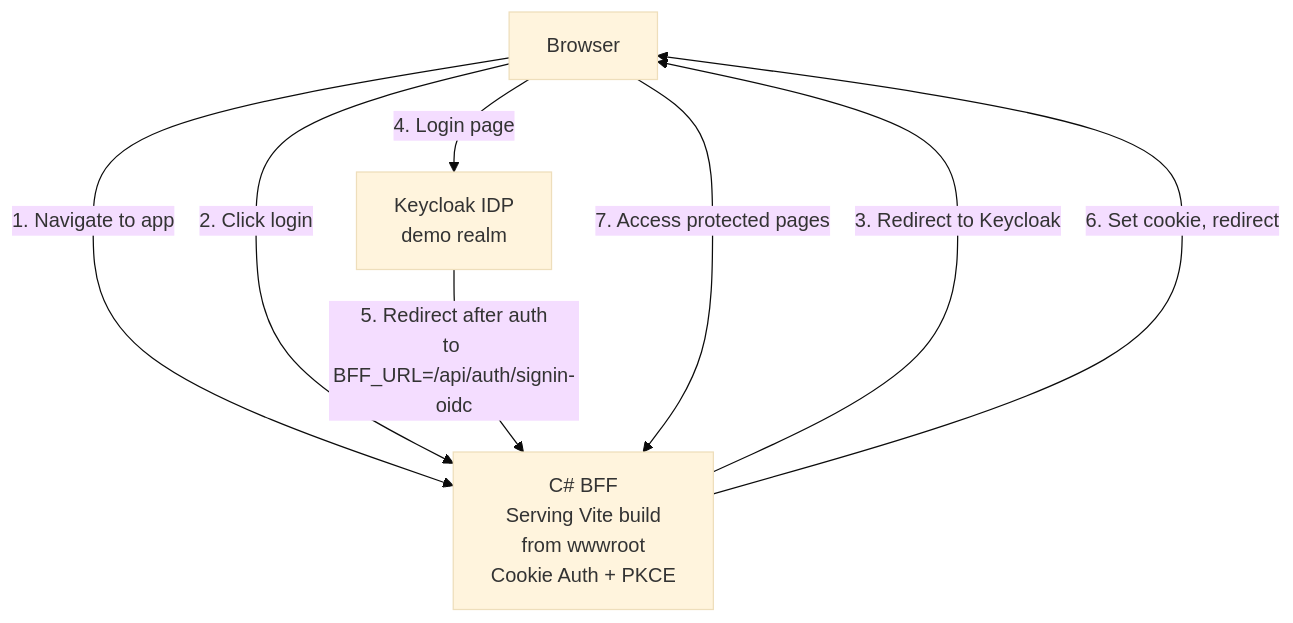
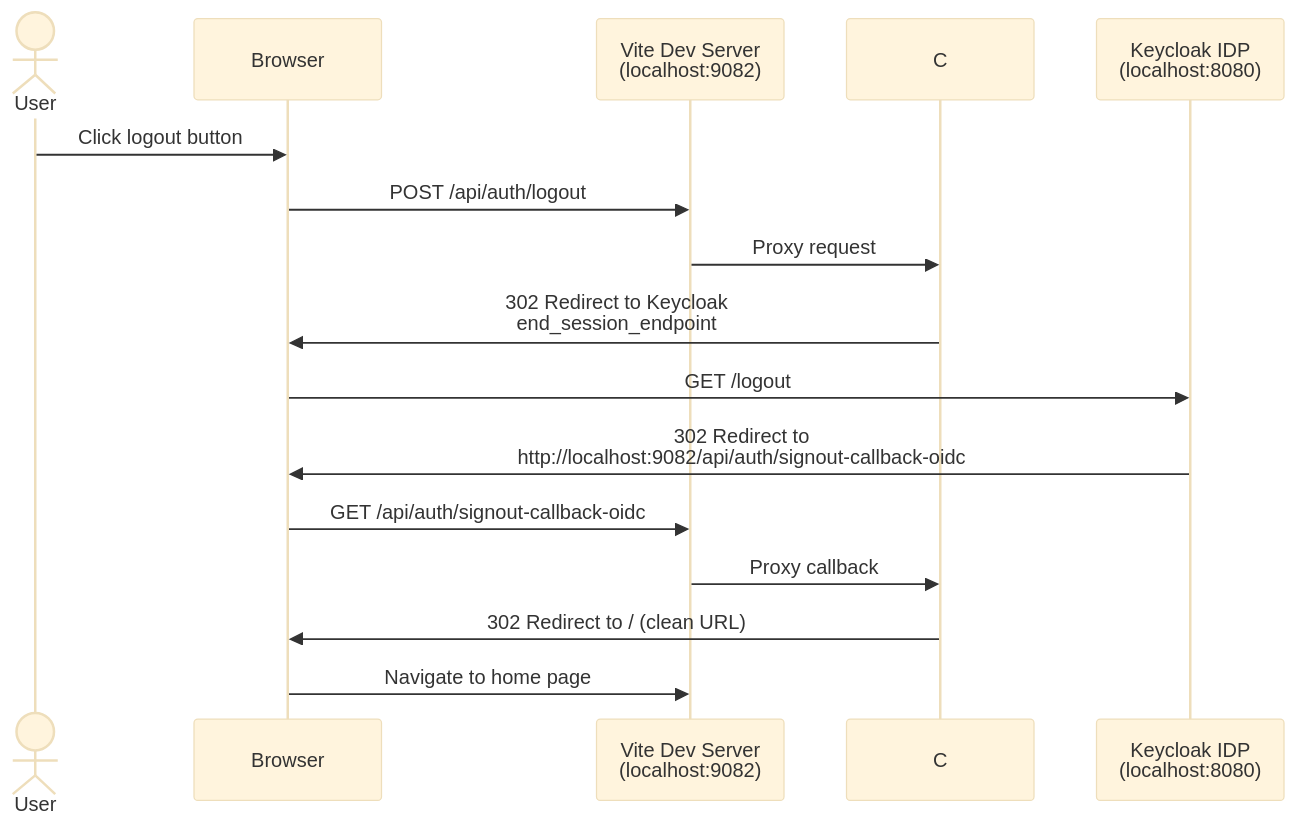
The second of 2 diagrams in vite-csharp-keycloak/README.md (davidfowl/aspire-13-samples), drawn with Mermaid (base theme) before and after one commit. The commit also changed other lines of this file, not shown here.

Commit message:
feat: update README to enhance architecture diagrams and clarify login/logout flows

````diff
--- a/vite-csharp-keycloak/README.md
+++ b/vite-csharp-keycloak/README.md
@@ -32,14 +36,19 @@
 ```mermaid
-flowchart TB
-    Browser[Browser]
-    BFF[C# BFF<br/>Serving Vite build<br/>from wwwroot<br/>Cookie Auth + PKCE]
-    Keycloak[Keycloak IDP<br/>demo realm]
+sequenceDiagram
+    actor User
+    participant Browser
+    participant Vite as Vite Dev Server<br/>(localhost:9082)
+    participant BFF as C# BFF<br/>(localhost:5254)
+    participant Keycloak as Keycloak IDP<br/>(localhost:8080)
 
-    Browser -->|1. Navigate to app| BFF
-    Browser -->|2. Click login| BFF
-    BFF -->|3. Redirect to Keycloak| Browser
-    Browser -->|4. Login page| Keycloak
-    Keycloak -->|5. Redirect after auth<br/>to BFF_URL=/api/auth/signin-oidc| BFF
-    BFF -->|6. Set cookie, redirect| Browser
-    Browser -->|7. Access protected pages| BFF
+    User->>Browser: Click logout button
+    Browser->>Vite: POST /api/auth/logout
+    Vite->>BFF: Proxy request
+    BFF->>Browser: 302 Redirect to Keycloak<br/>end_session_endpoint
+    Browser->>Keycloak: GET /logout
+    Keycloak->>Browser: 302 Redirect to<br/>http://localhost:9082/api/auth/signout-callback-oidc
+    Browser->>Vite: GET /api/auth/signout-callback-oidc
+    Vite->>BFF: Proxy callback
+    BFF->>Browser: 302 Redirect to / (clean URL)
+    Browser->>Vite: Navigate to home page
 ```
````
